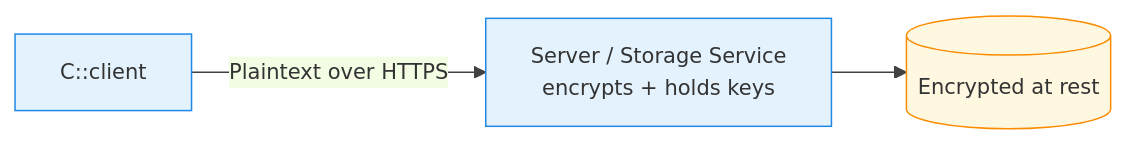
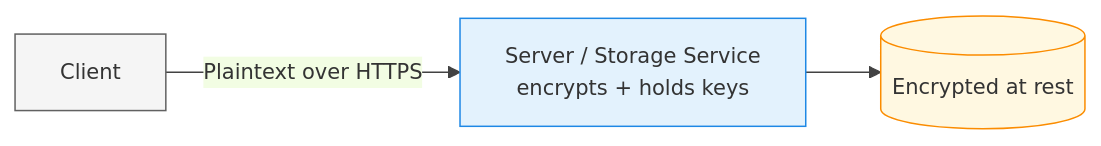
One commit to senthilkumarm1901/learn_by_blogging changed the eighth of 43 diagrams in posts/it_architect/it_architect_blog.qmd. Above: the diagram before and after it, drawn with Mermaid. The commit also changed other lines of this file, not shown here.

Commit message:
minor update

````diff
--- a/posts/it_architect/it_architect_blog.qmd
+++ b/posts/it_architect/it_architect_blog.qmd
@@ -230,10 +230,10 @@
 ```{mermaid}
 %%{init: {'theme': 'base', 'themeVariables': {'primaryColor': '#E3F2FD', 'primaryBorderColor': '#1E88E5', 'lineColor': '#424242', 'fontSize': '14px'}}}%%
 flowchart LR
-    C::client -->|Plaintext over HTTPS| S[Server / Storage Service<br/>encrypts + holds keys]:::control
+    C["Client"]:::client -->|Plaintext over HTTPS| S[Server / Storage Service<br/>encrypts + holds keys]:::control
     S --> D[(Encrypted at rest)]:::data
 
     classDef client fill:#F5F5F5,stroke:#616161,stroke-width:1px;
     classDef control fill:#E3F2FD,stroke:#1E88E5,stroke-width:1px;
     classDef data fill:#FFF8E1,stroke:#FB8C00,stroke-width:1px;
 ```
````
